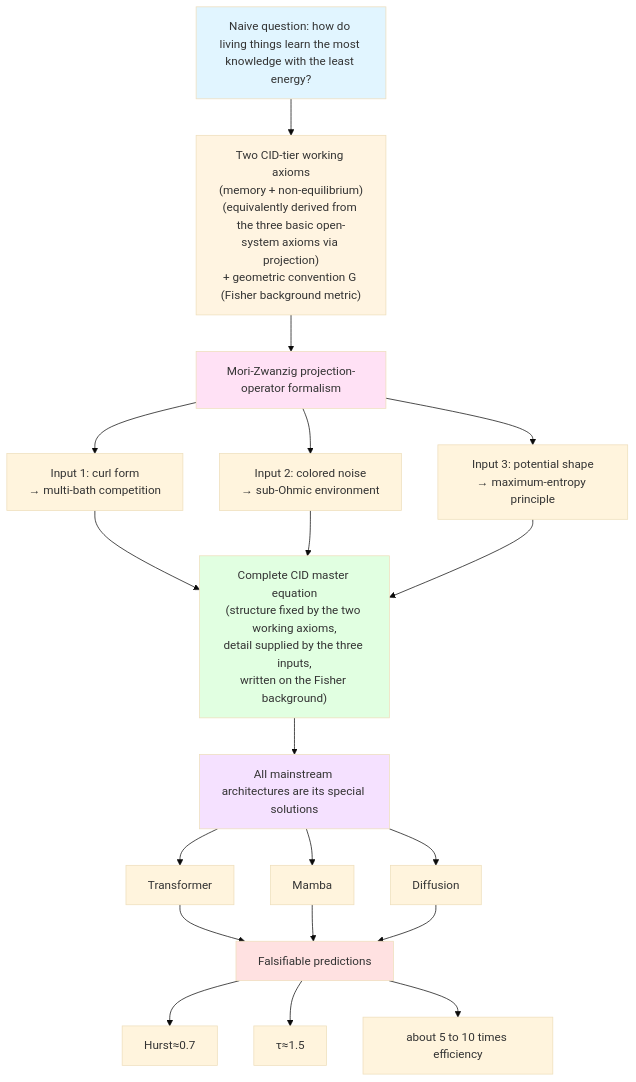
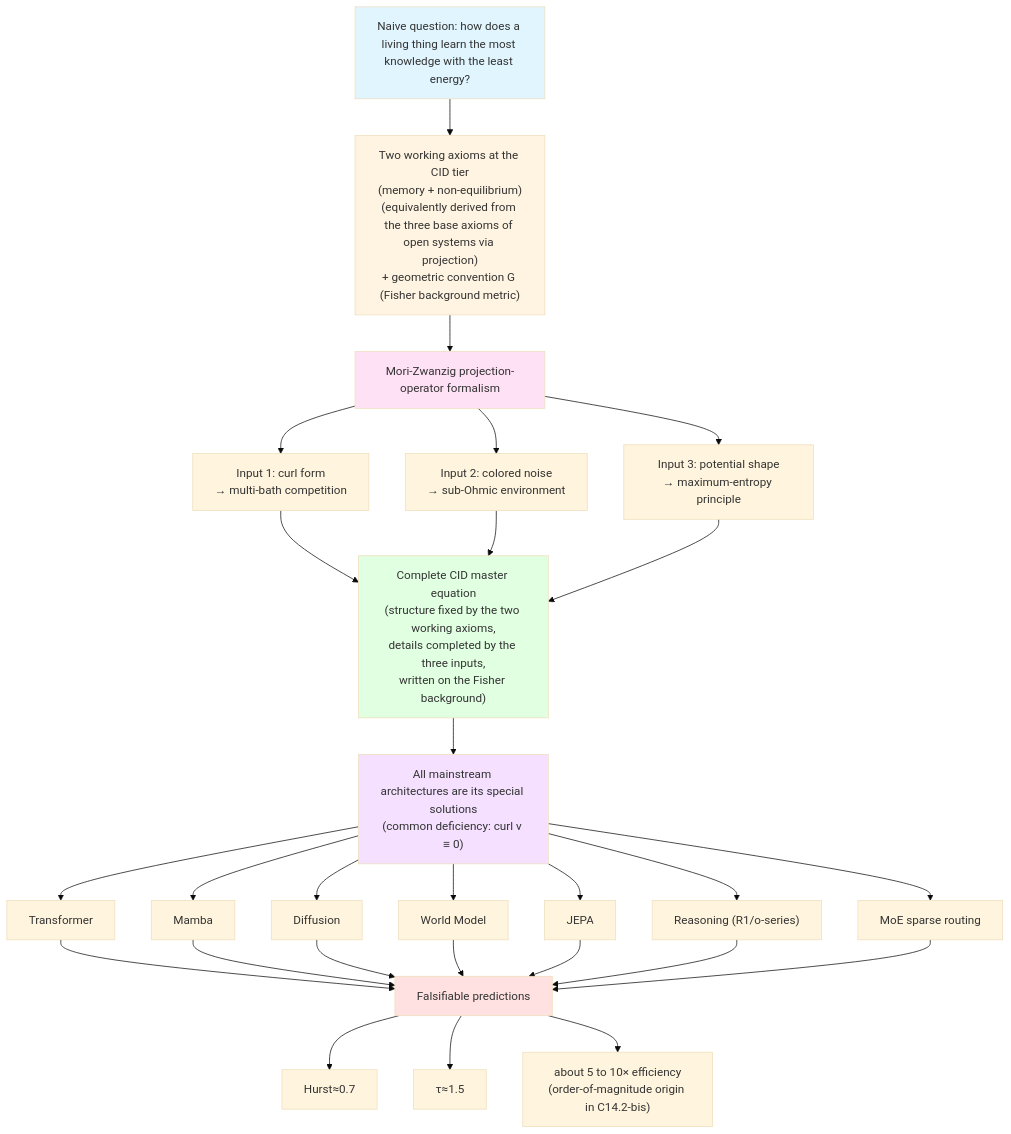
The diagram in theory_en.md (gwailee/uid), drawn with Mermaid (base theme) before and after one commit.

````diff
--- a/theory_en.md
+++ b/theory_en.md
@@ -227,44 +227,56 @@
 ```mermaid
 graph TD
-    A["Naive question: how do living things learn the most knowledge with the least energy?"]
-    B["Two CID-tier working axioms<br/>(memory + non-equilibrium)<br/>(equivalently derived from the three basic open-system axioms via projection)<br/>+ geometric convention G (Fisher background metric)"]
+    A["Naive question: how does a living thing learn the most knowledge with the least energy?"]
+    B["Two working axioms at the CID tier<br/>(memory + non-equilibrium)<br/>(equivalently derived from the three base axioms of open systems via projection)<br/>+ geometric convention G (Fisher background metric)"]
     C["Mori-Zwanzig projection-operator formalism"]
     D1["Input 1: curl form<br/>→ multi-bath competition"]
     D2["Input 2: colored noise<br/>→ sub-Ohmic environment"]
     D3["Input 3: potential shape<br/>→ maximum-entropy principle"]
-    E["Complete CID master equation<br/>(structure fixed by the two working axioms,<br/>detail supplied by the three inputs,<br/>written on the Fisher background)"]
-    F["All mainstream architectures are its special solutions"]
+    E["Complete CID master equation<br/>(structure fixed by the two working axioms,<br/>details completed by the three inputs,<br/>written on the Fisher background)"]
+    F["All mainstream architectures are its special solutions<br/>(common deficiency: curl v ≡ 0)"]
     G1["Transformer"]
     G2["Mamba"]
     G3["Diffusion"]
+    G4["World Model"]
+    G5["JEPA"]
+    G6["Reasoning (R1/o-series)"]
+    G7["MoE sparse routing"]
     H["Falsifiable predictions"]
     I1["Hurst≈0.7"]
     I2["τ≈1.5"]
-    I3["about 5 to 10 times efficiency"]
+    I3["about 5 to 10× efficiency<br/>(order-of-magnitude origin in C14.2-bis)"]
 
     A --> B
     B --> C
     C --> D1
     C --> D2
     C --> D3
     D1 --> E
     D2 --> E
     D3 --> E
     E --> F
     F --> G1
     F --> G2
     F --> G3
+    F --> G4
+    F --> G5
+    F --> G6
+    F --> G7
     G1 --> H
     G2 --> H
     G3 --> H
+    G4 --> H
+    G5 --> H
+    G6 --> H
+    G7 --> H
     H --> I1
     H --> I2
     H --> I3
 
     style A fill:#e1f5ff
     style B fill:#fff4e1
     style C fill:#ffe1f5
     style E fill:#e1ffe1
     style F fill:#f5e1ff
     style H fill:#ffe1e1
 ```
````
